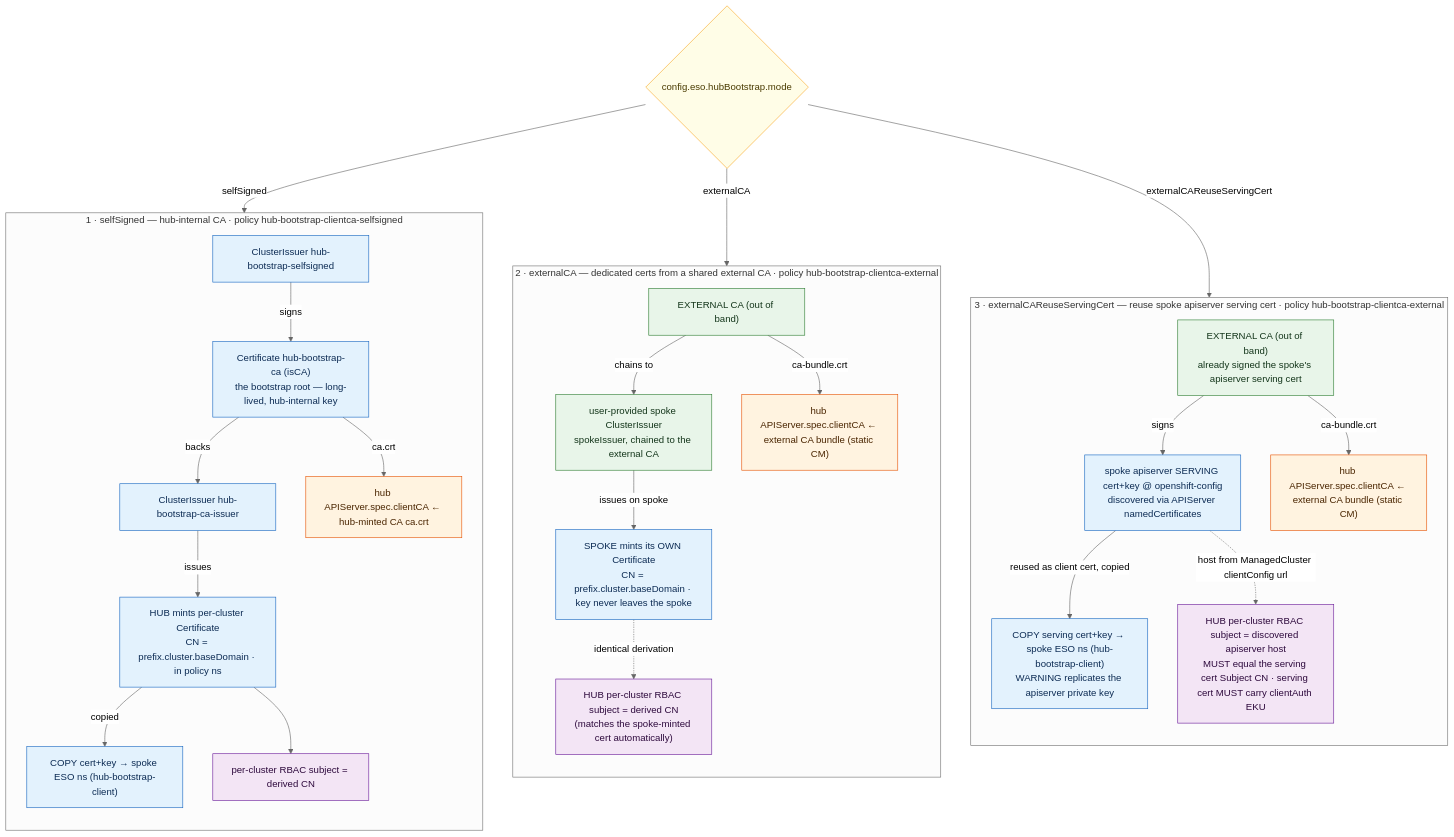
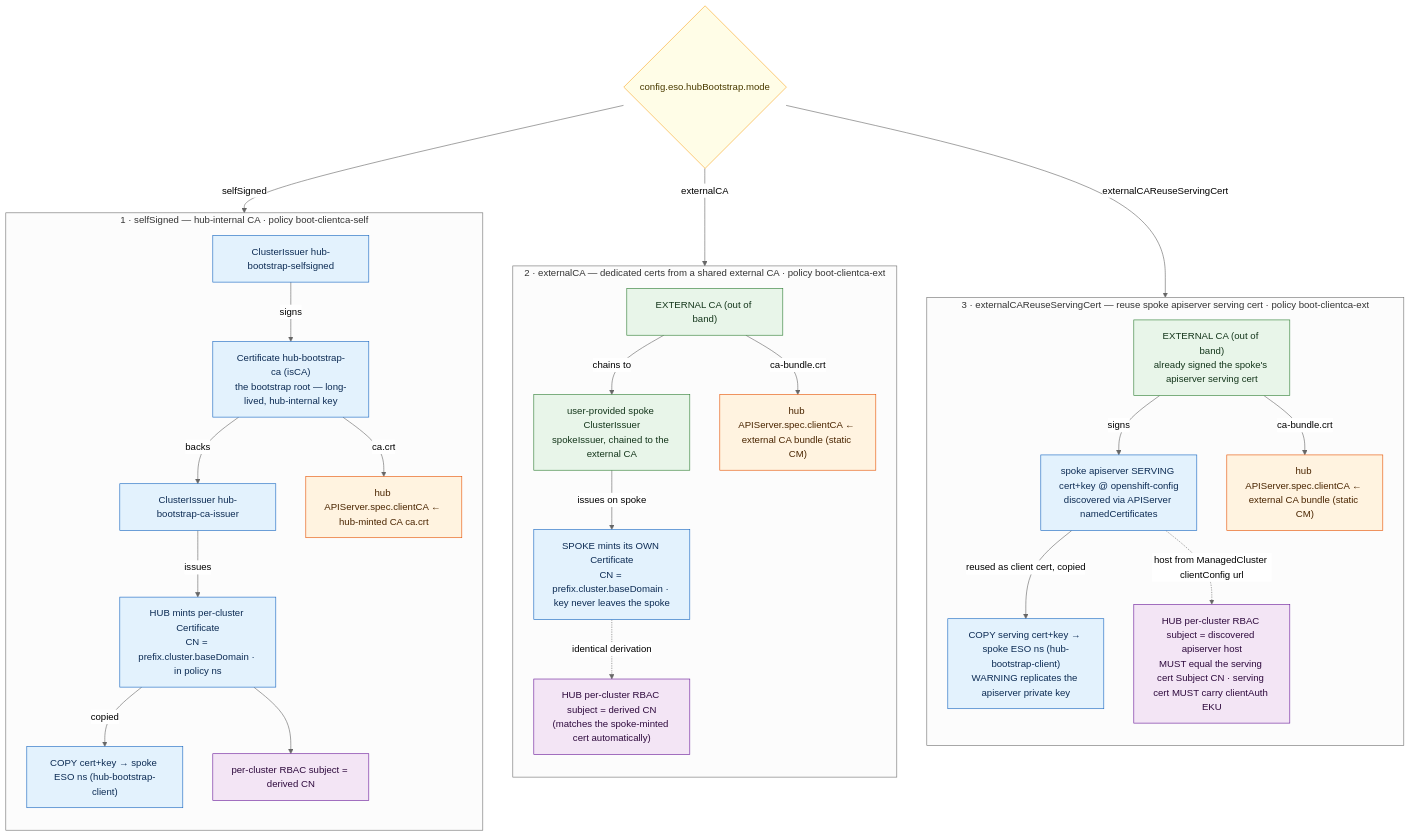
The third of 3 diagrams in policies/stable/external-secrets-operator/README.md (auto-shift/autoshiftv2), drawn with Mermaid (neutral theme) before and after one commit. The commit also changed other lines of this file and 6 other files, not shown here.

````diff
--- a/policies/stable/external-secrets-operator/README.md
+++ b/policies/stable/external-secrets-operator/README.md
@@ -1027,52 +1027,52 @@
 ```mermaid
 flowchart TB
   classDef mint fill:#e3f2fd,stroke:#1565c0,color:#0d2c54;
   classDef ext  fill:#e8f5e9,stroke:#2e7d32,color:#14361b;
   classDef wire fill:#fff3e0,stroke:#e65100,color:#4a2500;
   classDef rbac fill:#f3e5f5,stroke:#6a1b9a,color:#2e0a3d;
   classDef dec  fill:#fffde7,stroke:#f9a825,color:#4a3b00;
 
   MODE{"config.eso.hubBootstrap.mode"}:::dec
 
-  subgraph M1["1 · selfSigned — hub-internal CA · policy hub-bootstrap-clientca-selfsigned"]
+  subgraph M1["1 · selfSigned — hub-internal CA · policy boot-clientca-self"]
     direction TB
     A1["ClusterIssuer hub-bootstrap-selfsigned"]:::mint
     A2["Certificate hub-bootstrap-ca (isCA)<br/>the bootstrap root — long-lived, hub-internal key"]:::mint
     A3["ClusterIssuer hub-bootstrap-ca-issuer"]:::mint
     A4["HUB mints per-cluster Certificate<br/>CN = prefix.cluster.baseDomain · in policy ns"]:::mint
     A5["COPY cert+key → spoke ESO ns (hub-bootstrap-client)"]:::mint
     AW["hub APIServer.spec.clientCA ← hub-minted CA ca.crt"]:::wire
     AR["per-cluster RBAC subject = derived CN"]:::rbac
     A1 -->|signs| A2 -->|backs| A3 -->|issues| A4 -->|copied| A5
     A2 -->|ca.crt| AW
     A4 --> AR
   end
 
-  subgraph M2["2 · externalCA — dedicated certs from a shared external CA · policy hub-bootstrap-clientca-external"]
+  subgraph M2["2 · externalCA — dedicated certs from a shared external CA · policy boot-clientca-ext"]
     direction TB
     B0["EXTERNAL CA (out of band)"]:::ext
     B1["user-provided spoke ClusterIssuer<br/>spokeIssuer, chained to the external CA"]:::ext
     B2["SPOKE mints its OWN Certificate<br/>CN = prefix.cluster.baseDomain · key never leaves the spoke"]:::mint
     BW["hub APIServer.spec.clientCA ← external CA bundle (static CM)"]:::wire
     BR["HUB per-cluster RBAC subject = derived CN<br/>(matches the spoke-minted cert automatically)"]:::rbac
     B0 -->|chains to| B1 -->|issues on spoke| B2
     B0 -->|ca-bundle.crt| BW
     B2 -. identical derivation .-> BR
   end
 
-  subgraph M3["3 · externalCAReuseServingCert — reuse spoke apiserver serving cert · policy hub-bootstrap-clientca-external"]
+  subgraph M3["3 · externalCAReuseServingCert — reuse spoke apiserver serving cert · policy boot-clientca-ext"]
     direction TB
     C0["EXTERNAL CA (out of band)<br/>already signed the spoke's apiserver serving cert"]:::ext
     C1["spoke apiserver SERVING cert+key @ openshift-config<br/>discovered via APIServer namedCertificates"]:::mint
     C2["COPY serving cert+key → spoke ESO ns (hub-bootstrap-client)<br/>WARNING replicates the apiserver private key"]:::mint
     CW["hub APIServer.spec.clientCA ← external CA bundle (static CM)"]:::wire
     CR["HUB per-cluster RBAC subject = discovered apiserver host<br/>MUST equal the serving cert Subject CN · serving cert MUST carry clientAuth EKU"]:::rbac
     C0 -->|signs| C1 -->|reused as client cert, copied| C2
     C0 -->|ca-bundle.crt| CW
     C1 -. host from ManagedCluster clientConfig url .-> CR
   end
 
   MODE -->|selfSigned| M1
   MODE -->|externalCA| M2
   MODE -->|externalCAReuseServingCert| M3
 ```
````
